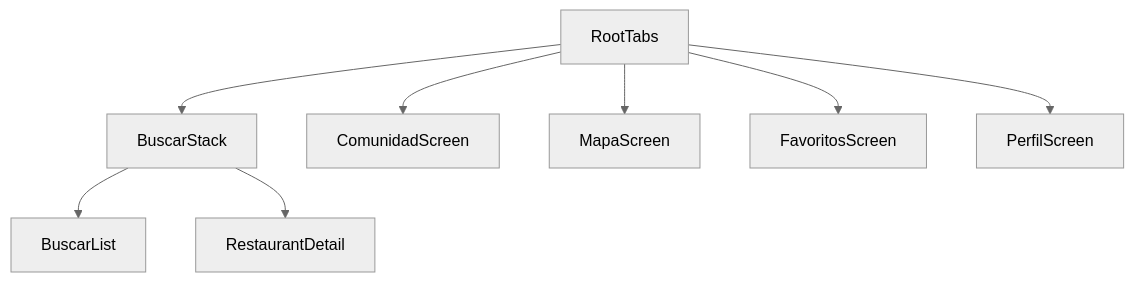
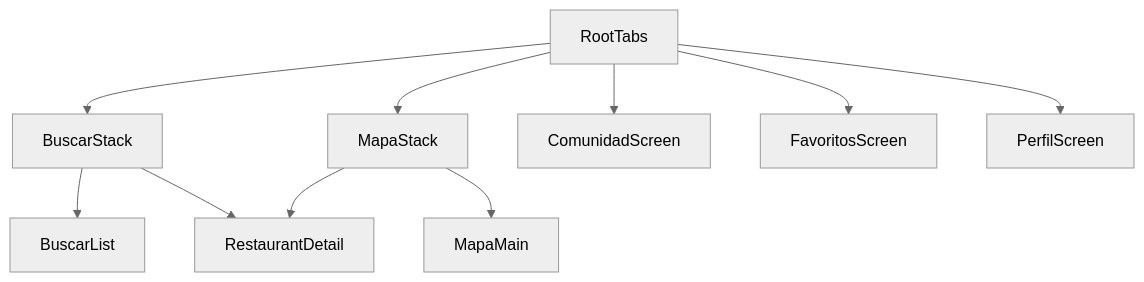
The diagram in README.md (CeliacSafe/celiacsafe), drawn with Mermaid (neutral theme) before and after one commit. The commit also changed other lines of this file and 27 other files, not shown here.

````diff
--- a/README.md
+++ b/README.md
@@ -139,11 +167,13 @@
 ```mermaid
 graph TD
   RootTabs
   RootTabs --> BuscarStack
   BuscarStack --> BuscarList
   BuscarStack --> RestaurantDetail
+  RootTabs --> MapaStack
+  MapaStack --> MapaMain
+  MapaStack --> RestaurantDetail
   RootTabs --> ComunidadScreen
-  RootTabs --> MapaScreen
   RootTabs --> FavoritosScreen
   RootTabs --> PerfilScreen
 ```
````
